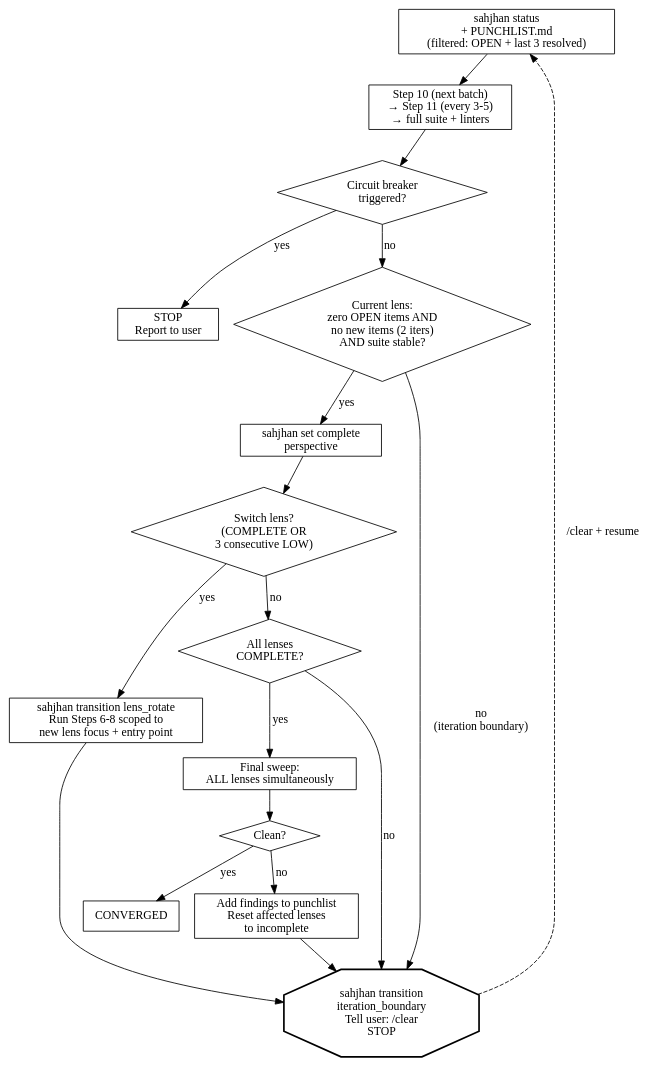
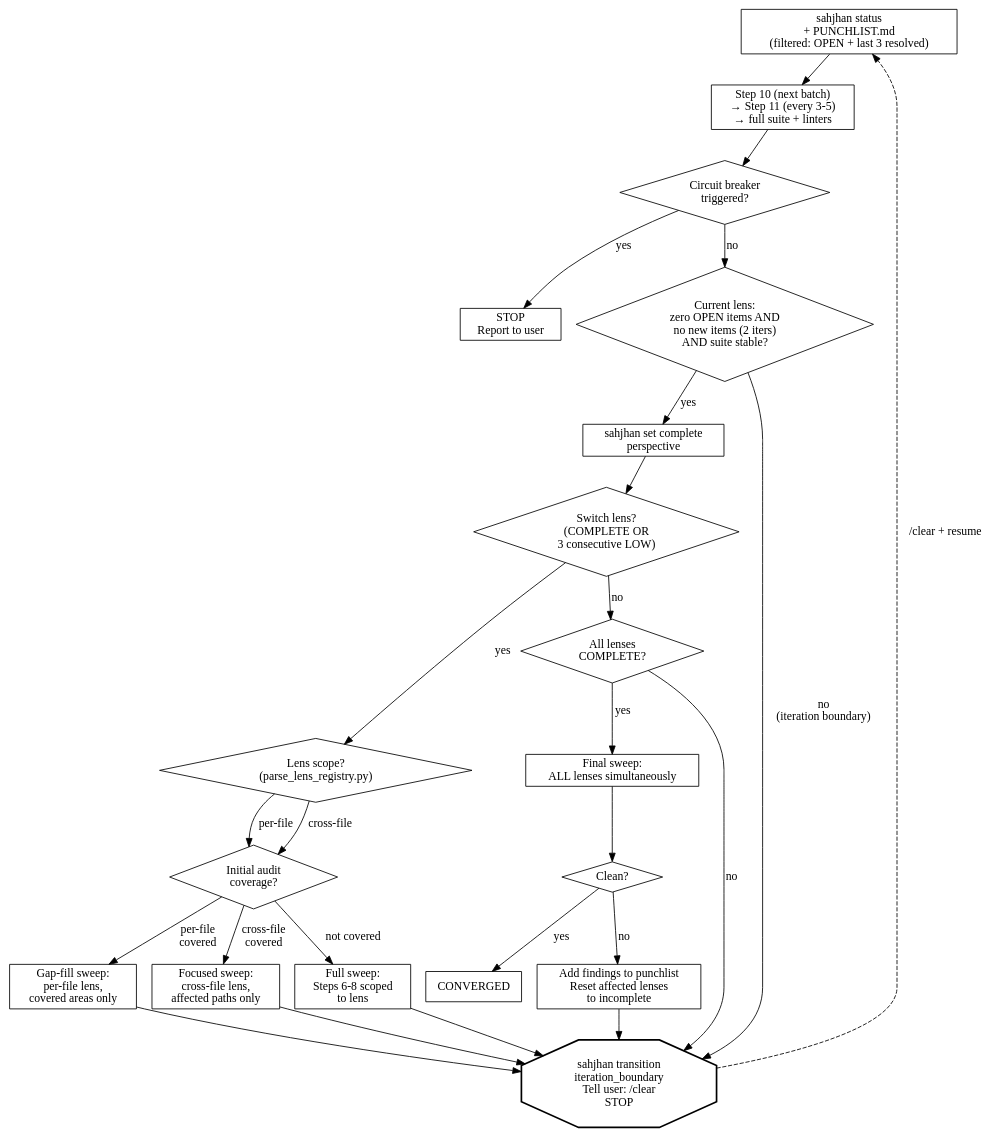
One commit to jbrjake/holtz changed the diagram in skills/holtz/references/phase-fix-loop.md. Above: the diagram before and after it, drawn with Graphviz. The commit also changed other lines of this file and 1 other file, not shown here.

Commit message:
feat(holtz): revise Step 14 lens rotation to use scope-aware gap-fill/focused sweeps

````diff
--- a/skills/holtz/references/phase-fix-loop.md
+++ b/skills/holtz/references/phase-fix-loop.md
@@ -101,39 +125,50 @@
 ```dot
 digraph {
   rankdir=TB
   node [shape=box]
 
   recover [label="sahjhan status\n+ PUNCHLIST.md\n(filtered: OPEN + last 3 resolved)"]
   fix_loop [label="Step 10 (next batch)\n→ Step 11 (every 3-5)\n→ full suite + linters"]
   breaker [label="Circuit breaker\ntriggered?" shape=diamond]
   stop [label="STOP\nReport to user"]
   lens_clean [label="Current lens:\nzero OPEN items AND\nno new items (2 iters)\nAND suite stable?" shape=diamond]
   mark [label="sahjhan set complete\nperspective"]
   switch [label="Switch lens?\n(COMPLETE OR\n3 consecutive LOW)" shape=diamond]
-  next_lens [label="sahjhan transition lens_rotate\nRun Steps 6-8 scoped to\nnew lens focus + entry point"]
+  scope_check [label="Lens scope?\n(parse_lens_registry.py)" shape=diamond]
+  gap_fill [label="Gap-fill sweep:\nper-file lens,\ncovered areas only"]
+  focused [label="Focused sweep:\ncross-file lens,\naffected paths only"]
+  full_sweep [label="Full sweep:\nSteps 6-8 scoped\nto lens"]
+  coverage [label="Initial audit\ncoverage?" shape=diamond]
   all_done [label="All lenses\nCOMPLETE?" shape=diamond]
   final [label="Final sweep:\nALL lenses simultaneously"]
   clean [label="Clean?" shape=diamond]
   converged [label="CONVERGED"]
   reset [label="Add findings to punchlist\nReset affected lenses\nto incomplete"]
   boundary [label="sahjhan transition\niteration_boundary\nTell user: /clear\nSTOP" shape=octagon style=bold]
 
   recover -> fix_loop
   fix_loop -> breaker
   breaker -> stop [label="yes"]
   breaker -> lens_clean [label="no"]
   lens_clean -> mark [label="yes"]
   lens_clean -> boundary [label="no\n(iteration boundary)"]
   mark -> switch
-  switch -> next_lens [label="yes"]
+  switch -> scope_check [label="yes"]
   switch -> all_done [label="no"]
-  next_lens -> boundary
+  scope_check -> coverage [label="per-file"]
+  scope_check -> coverage [label="cross-file"]
+  coverage -> gap_fill [label="per-file\ncovered"]
+  coverage -> focused [label="cross-file\ncovered"]
+  coverage -> full_sweep [label="not covered"]
+  gap_fill -> boundary
+  focused -> boundary
+  full_sweep -> boundary
   all_done -> final [label="yes"]
   all_done -> boundary [label="no"]
   final -> clean
   clean -> converged [label="yes"]
   clean -> reset [label="no"]
   reset -> boundary
   boundary -> recover [style=dashed label="/clear + resume"]
 }
 ```
````
